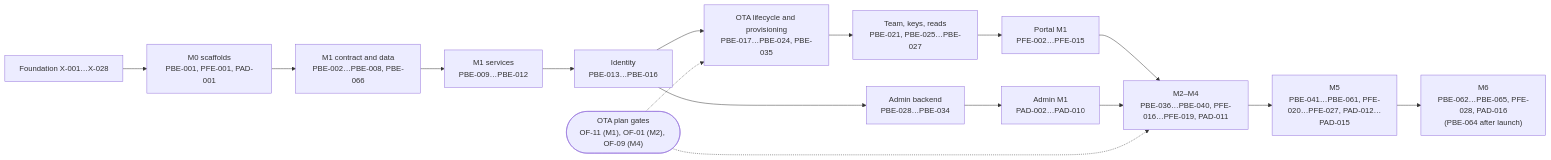
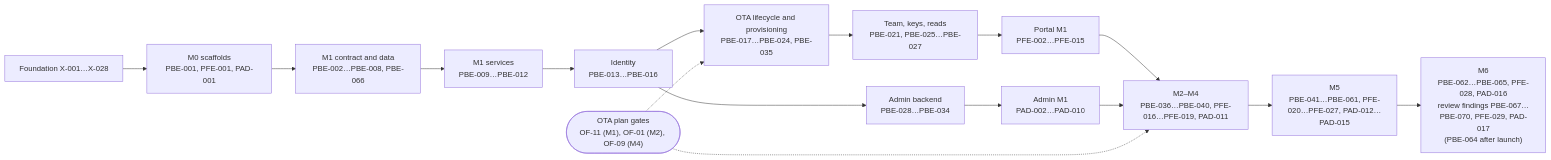
One commit to bhagwati-prasad/velexis-ota changed the diagram in platform/docs/plans/agent-tasks.md. Above: the diagram before and after it, drawn with Mermaid. The commit also changed other lines of this file and 7 other files, not shown here.

````diff
--- a/platform/docs/plans/agent-tasks.md
+++ b/platform/docs/plans/agent-tasks.md
@@ -2071,18 +2158,18 @@
 ```mermaid
 flowchart LR
   X["Foundation X-001…X-028"] --> M0["M0 scaffolds<br/>PBE-001, PFE-001, PAD-001"]
   M0 --> C1["M1 contract and data<br/>PBE-002…PBE-008, PBE-066"]
   C1 --> S1["M1 services<br/>PBE-009…PBE-012"]
   S1 --> ID["Identity<br/>PBE-013…PBE-016"]
   ID --> LC["OTA lifecycle and provisioning<br/>PBE-017…PBE-024, PBE-035"]
   LC --> TM["Team, keys, reads<br/>PBE-021, PBE-025…PBE-027"]
   ID --> AD["Admin backend<br/>PBE-028…PBE-034"]
   TM --> PFE["Portal M1<br/>PFE-002…PFE-015"]
   AD --> PAD["Admin M1<br/>PAD-002…PAD-010"]
   PFE --> M24["M2–M4<br/>PBE-036…PBE-040, PFE-016…PFE-019, PAD-011"]
   PAD --> M24
   M24 --> M5["M5<br/>PBE-041…PBE-061, PFE-020…PFE-027, PAD-012…PAD-015"]
-  M5 --> M6["M6<br/>PBE-062…PBE-065, PFE-028, PAD-016<br/>(PBE-064 after launch)"]
+  M5 --> M6["M6<br/>PBE-062…PBE-065, PFE-028, PAD-016<br/>review findings PBE-067…PBE-070, PFE-029, PAD-017<br/>(PBE-064 after launch)"]
   OTA(["OTA plan gates<br/>OF-11 (M1), OF-01 (M2), OF-09 (M4)"]) -.-> LC
   OTA -.-> M24
 ```
````
